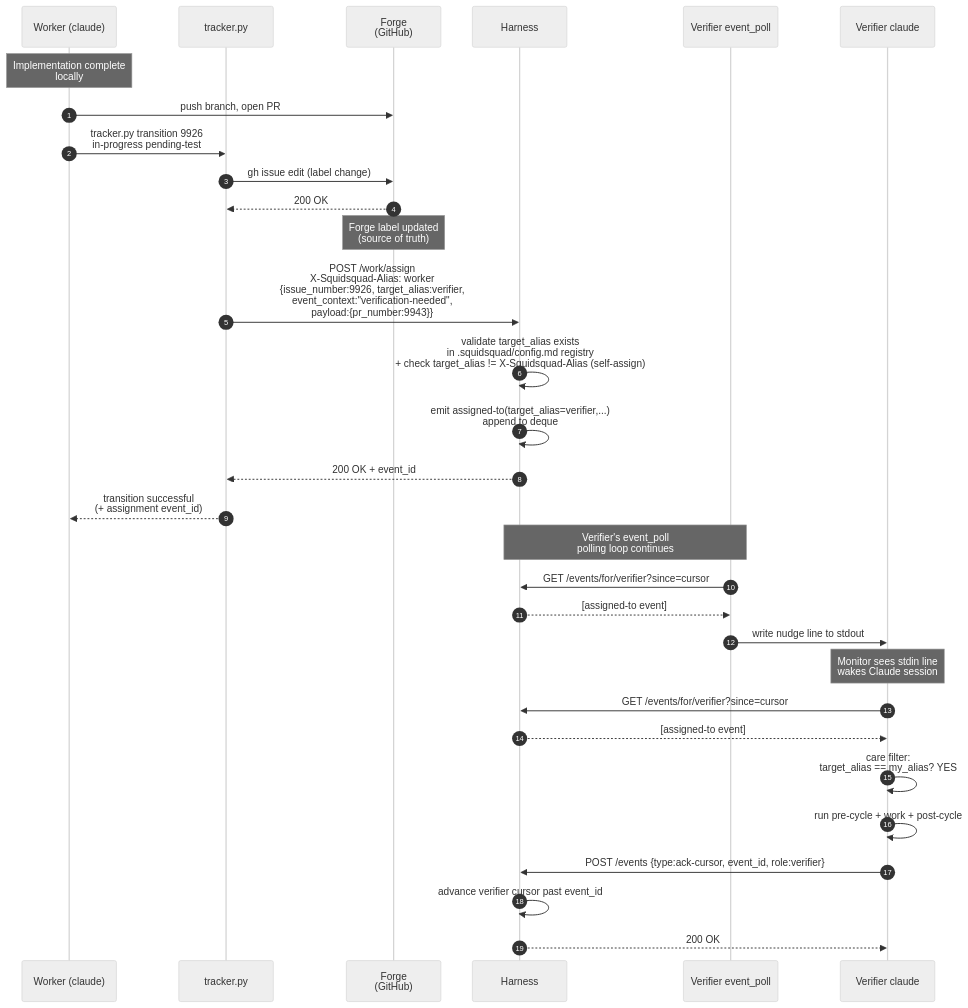
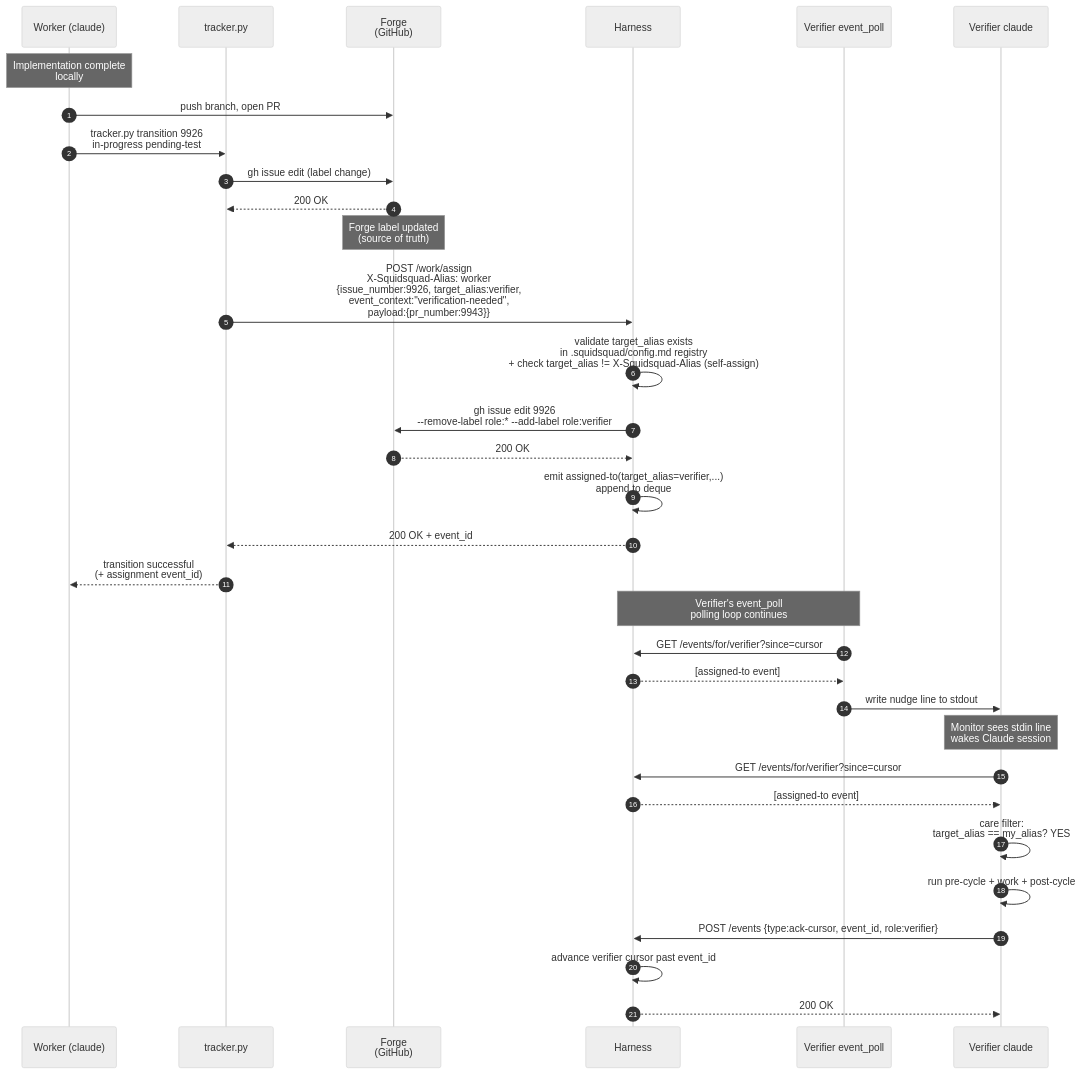
Diagram 12 of 15 in docs/AGENT-RUNTIME.md (WallyDoodlez/SquidSquad), drawn with Mermaid (neutral theme) before and after one commit. The commit also changed other lines of this file and 3 other files, not shown here.

````diff
--- a/docs/AGENT-RUNTIME.md
+++ b/docs/AGENT-RUNTIME.md
@@ -854,38 +854,40 @@
 ```mermaid
 sequenceDiagram
     autonumber
     participant W as Worker (claude)
     participant TR as tracker.py
     participant F as Forge<br/>(GitHub)
     participant H as Harness
     participant VEP as Verifier event_poll
     participant VC as Verifier claude
 
     Note over W: Implementation complete<br/>locally
     W->>F: push branch, open PR #9943
 
     W->>TR: tracker.py transition 9926<br/>in-progress pending-test
     TR->>F: gh issue edit (label change)
     F-->>TR: 200 OK
     Note over F: Forge label updated<br/>(source of truth)
     TR->>H: POST /work/assign<br/>X-Squidsquad-Alias: worker<br/>{issue_number:9926, target_alias:verifier,<br/>event_context:"verification-needed",<br/>payload:{pr_number:9943}}
     H->>H: validate target_alias exists<br/>in .squidsquad/config.md registry<br/>+ check target_alias != X-Squidsquad-Alias (self-assign)
+    H->>F: gh issue edit 9926<br/>--remove-label role:* --add-label role:verifier
+    F-->>H: 200 OK
     H->>H: emit assigned-to(target_alias=verifier,...)<br/>append to deque
     H-->>TR: 200 OK + event_id
     TR-->>W: transition successful<br/>(+ assignment event_id)
 
     Note over H,VEP: Verifier's event_poll<br/>polling loop continues
 
     VEP->>H: GET /events/for/verifier?since=cursor
     H-->>VEP: [assigned-to event]
     VEP->>VC: write nudge line to stdout
     Note over VC: Monitor sees stdin line<br/>wakes Claude session
 
     VC->>H: GET /events/for/verifier?since=cursor
     H-->>VC: [assigned-to event]
     VC->>VC: care filter:<br/>target_alias == my_alias? YES
     VC->>VC: run pre-cycle + work + post-cycle
     VC->>H: POST /events {type:ack-cursor, event_id, role:verifier}
     H->>H: advance verifier cursor past event_id
     H-->>VC: 200 OK
 ```
````
